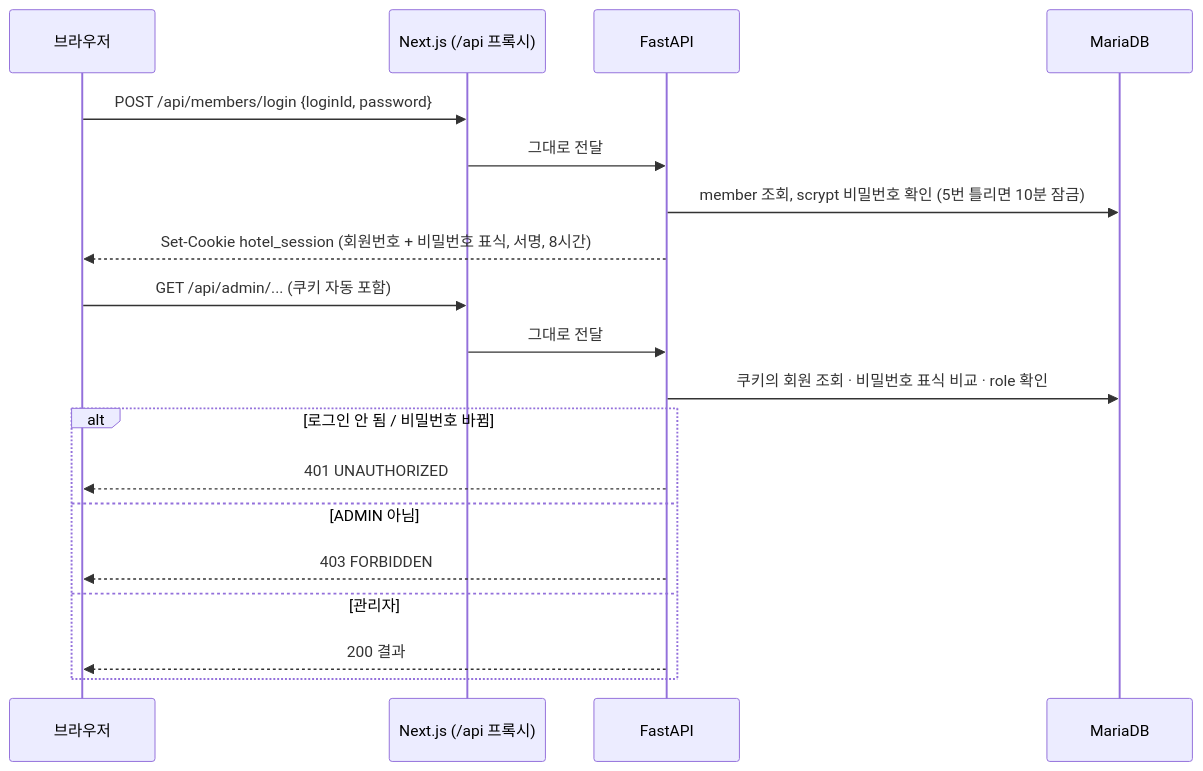
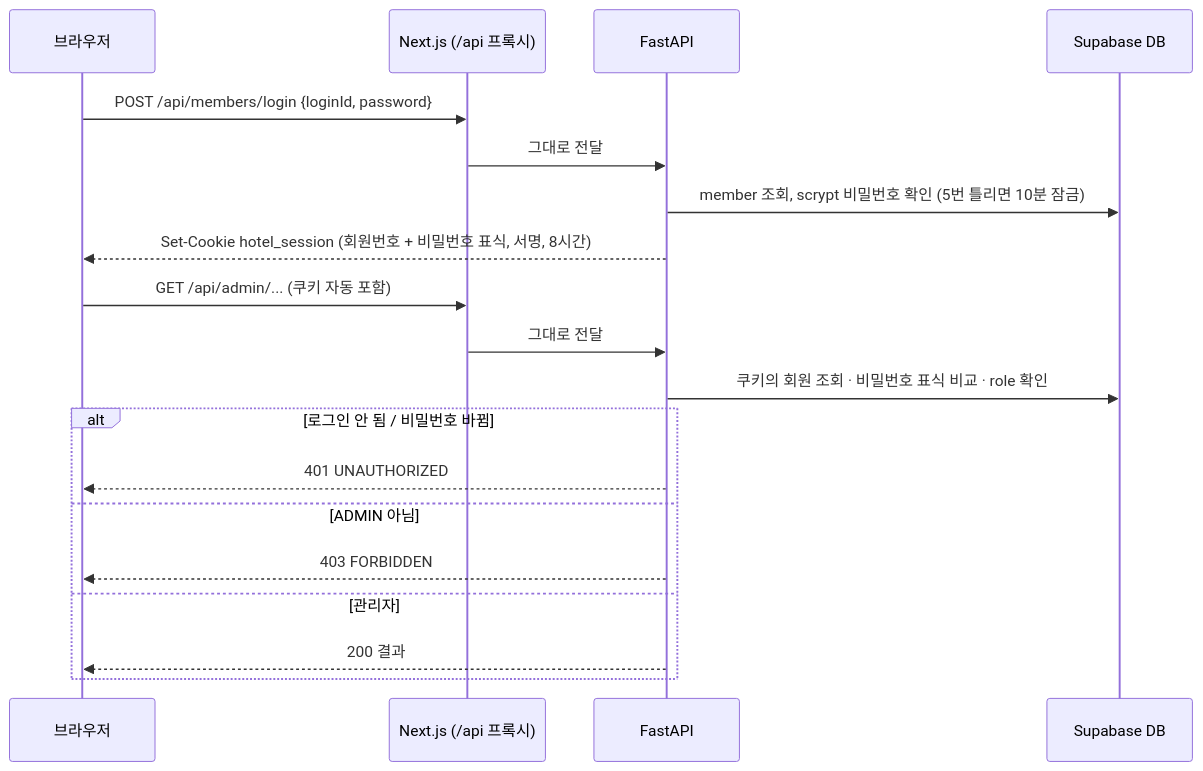
Before and after one commit to hotel-sol/Hotel-reservation: the sixth of 6 diagrams in docs/ARCHITECTURE.md, drawn with Mermaid. The commit also changed other lines of this file and 15 other files, not shown here.

````diff
--- a/docs/ARCHITECTURE.md
+++ b/docs/ARCHITECTURE.md
@@ -159,21 +159,21 @@
 ```mermaid
 sequenceDiagram
     participant B as 브라우저
     participant N as Next.js (/api 프록시)
     participant F as FastAPI
-    participant D as MariaDB
+    participant D as Supabase DB
     B->>N: POST /api/members/login {loginId, password}
     N->>F: 그대로 전달
     F->>D: member 조회, scrypt 비밀번호 확인 (5번 틀리면 10분 잠금)
     F-->>B: Set-Cookie hotel_session (회원번호 + 비밀번호 표식, 서명, 8시간)
     B->>N: GET /api/admin/... (쿠키 자동 포함)
     N->>F: 그대로 전달
     F->>D: 쿠키의 회원 조회 · 비밀번호 표식 비교 · role 확인
     alt 로그인 안 됨 / 비밀번호 바뀜
         F-->>B: 401 UNAUTHORIZED
     else ADMIN 아님
         F-->>B: 403 FORBIDDEN
     else 관리자
         F-->>B: 200 결과
     end
 ```
````
